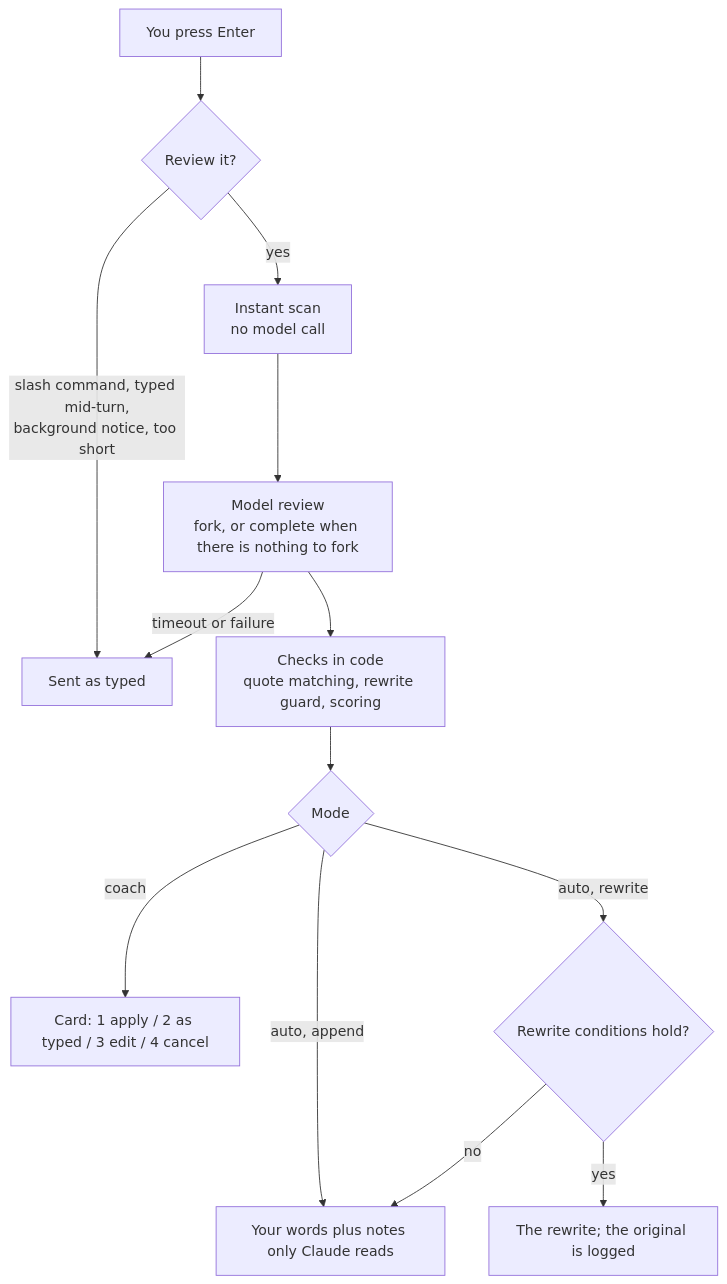
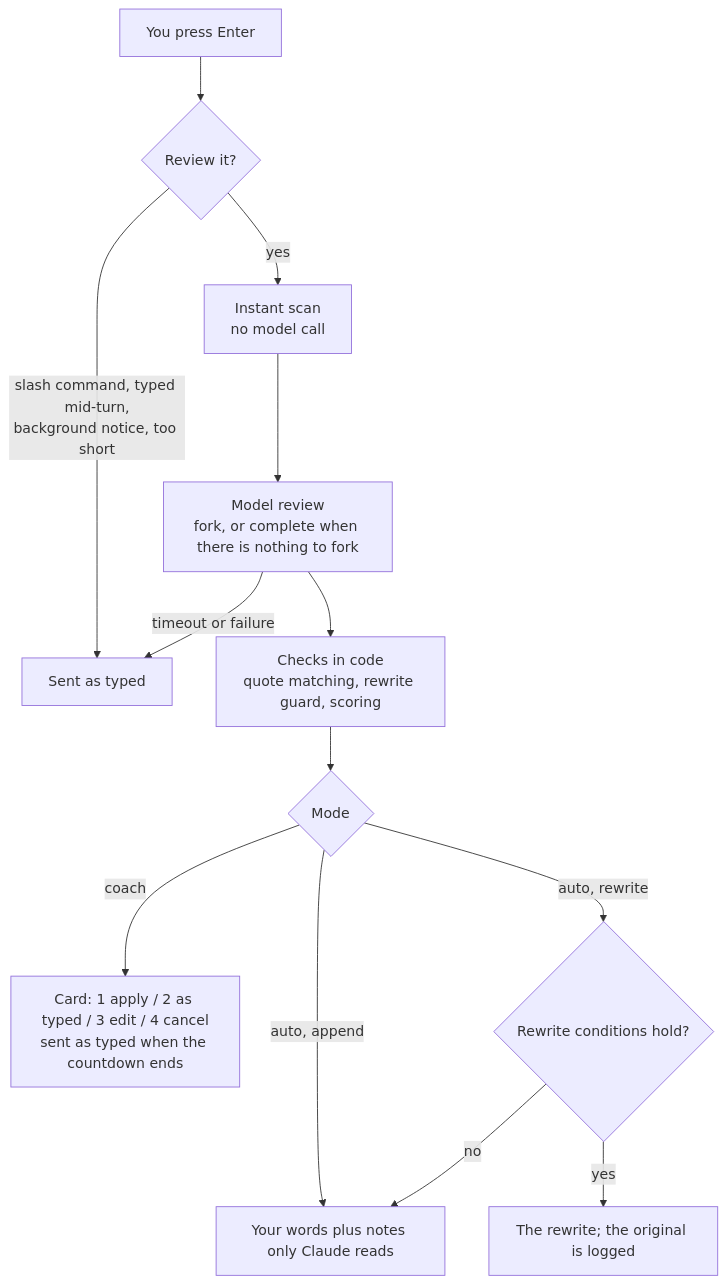
Before and after one commit to Sen-CaPoo/prompt-coach: the diagram in README.en.md, drawn with Mermaid. The commit also changed other lines of this file and 13 other files, not shown here.

First line of the commit message:
Prompt Coach 0.3.0: a card in plain words, with a countdown

````diff
--- a/README.en.md
+++ b/README.en.md
@@ -126,15 +134,15 @@
 ```mermaid
 flowchart TD
     A[You press Enter] --> B{Review it?}
     B -- slash command, typed mid-turn,<br>background notice, too short --> Z[Sent as typed]
     B -- yes --> C[Instant scan<br>no model call]
     C --> D[Model review<br>fork, or complete when there is nothing to fork]
     D -- timeout or failure --> Z
     D --> E[Checks in code<br>quote matching, rewrite guard, scoring]
     E --> F{Mode}
-    F -- coach --> G[Card: 1 apply / 2 as typed / 3 edit / 4 cancel]
+    F -- coach --> G[Card: 1 apply / 2 as typed / 3 edit / 4 cancel<br>sent as typed when the countdown ends]
     F -- auto, append --> H[Your words plus notes only Claude reads]
     F -- auto, rewrite --> J{Rewrite conditions hold?}
     J -- yes --> I[The rewrite; the original is logged]
     J -- no --> H
 ```
````
